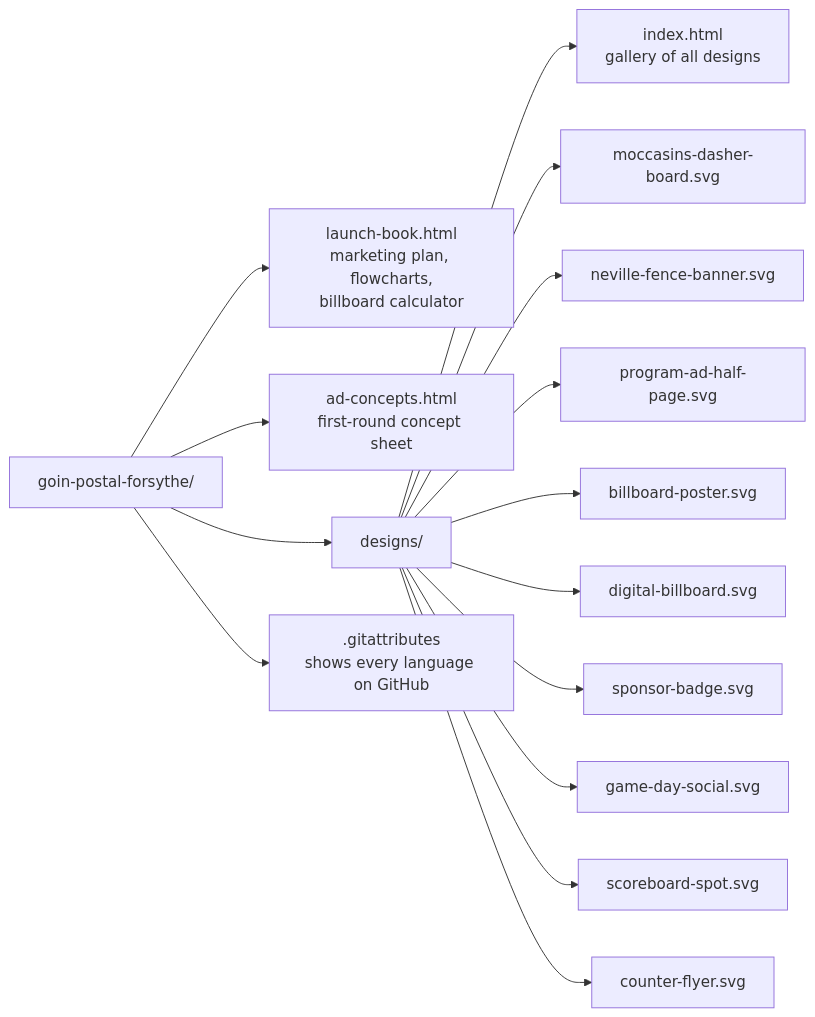
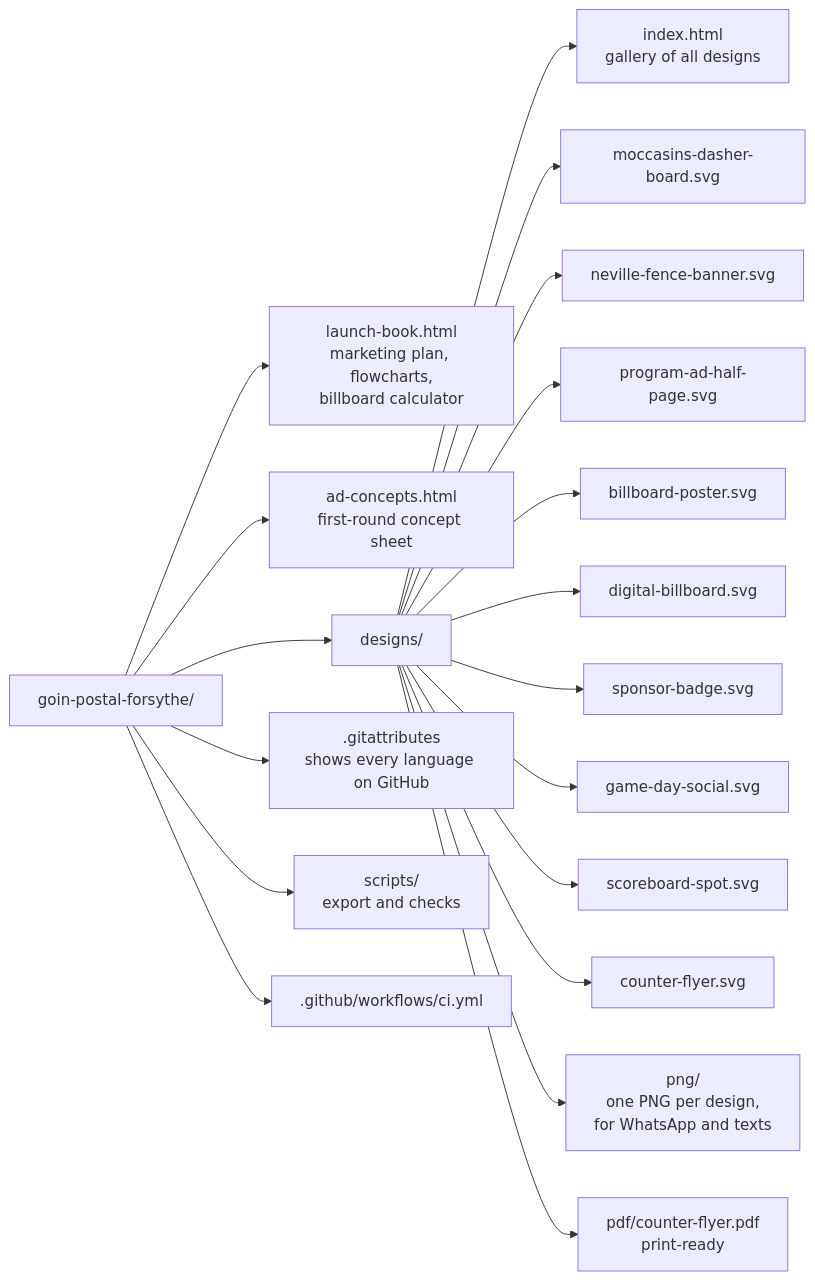
Before and after one commit to wbp318/goin-postal-forsythe: the first of 8 diagrams in README.md, drawn with Mermaid. The commit also changed other lines of this file and 15 other files, not shown here.

First line of the commit message:
Add PNG and PDF exports, export and check scripts, and CI

````diff
--- a/README.md
+++ b/README.md
@@ -16,17 +18,21 @@
 ```mermaid
 flowchart LR
   R["goin-postal-forsythe/"] --> A["launch-book.html<br/>marketing plan, flowcharts,<br/>billboard calculator"]
   R --> B["ad-concepts.html<br/>first-round concept sheet"]
   R --> D["designs/"]
   R --> G[".gitattributes<br/>shows every language on GitHub"]
   D --> D0["index.html<br/>gallery of all designs"]
   D --> D1["moccasins-dasher-board.svg"]
   D --> D2["neville-fence-banner.svg"]
   D --> D3["program-ad-half-page.svg"]
   D --> D4["billboard-poster.svg"]
   D --> D5["digital-billboard.svg"]
   D --> D6["sponsor-badge.svg"]
   D --> D7["game-day-social.svg"]
   D --> D8["scoreboard-spot.svg"]
   D --> D9["counter-flyer.svg"]
+  D --> P["png/<br/>one PNG per design,<br/>for WhatsApp and texts"]
+  D --> F["pdf/counter-flyer.pdf<br/>print-ready"]
+  R --> S["scripts/<br/>export and checks"]
+  R --> W[".github/workflows/ci.yml"]
 ```
````
